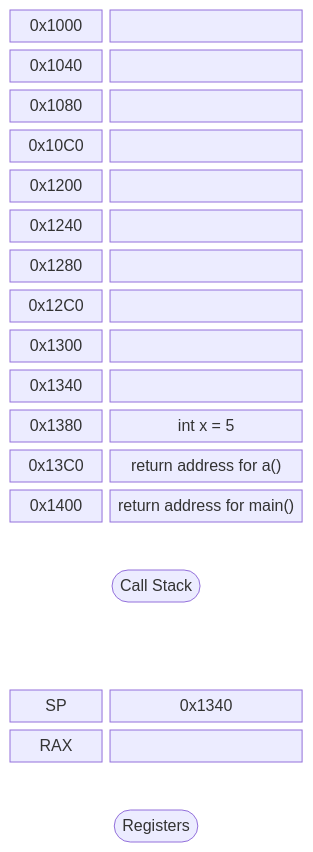
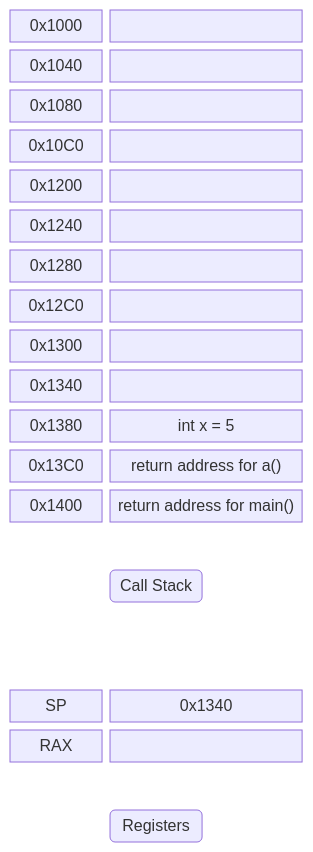
Before and after one commit to GlennVL-AP/cpp-programming-slides: the fourth of 15 diagrams in slides/session_6/index.md, drawn with Mermaid. The commit also changed other lines of this file, not shown here.

Commit message:
improve stack example images

````diff
--- a/slides/session_6/index.md
+++ b/slides/session_6/index.md
@@ -737,40 +737,40 @@
 ```mermaid
 block-beta
   columns 3
   addr1["0x1000"]:1
   frame1[" "]:2
   addr2["0x1040"]:1
   frame2[" "]:2
   addr3["0x1080"]:1
   frame3[" "]:2
   addr4["0x10C0"]:1
   frame4[" "]:2
   addr5["0x1200"]:1
   frame5[" "]:2
   addr6["0x1240"]:1
   frame6[" "]:2
   addr7["0x1280"]:1
   frame7[" "]:2
   addr8["0x12C0"]:1
   frame8[" "]:2
   addr9["0x1300"]:1
   frame9[" "]:2
   addr10["0x1340"]:1
   frame10[" "]:2
   addr11["0x1380"]:1
   frame11["int x = 5"]:2
   addr12["0x13C0"]:1
   frame12["return address for a()"]:2
   addr13["0x1400"]:1
   frame13["return address for main()"]:2
   space:3
-  callstack(["Call Stack"]):3
+  space callstack("Call Stack") space
   space:3
   space:3
   reg1["SP"]:1
   regval1["0x1340"]:2
   reg2["RAX"]:1
   regval2[" "]:2
   space:3
-  registers(["Registers"]):3
+  space registers("Registers") space
 ```
````
